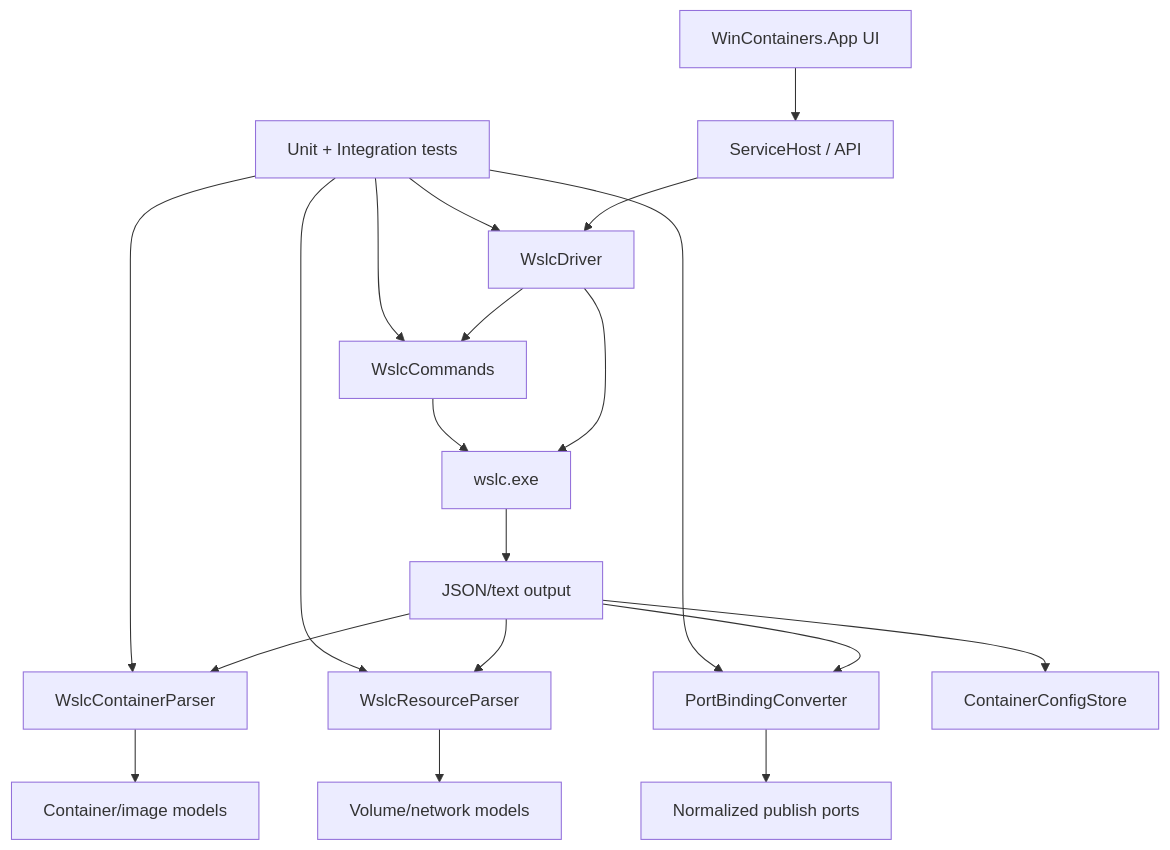
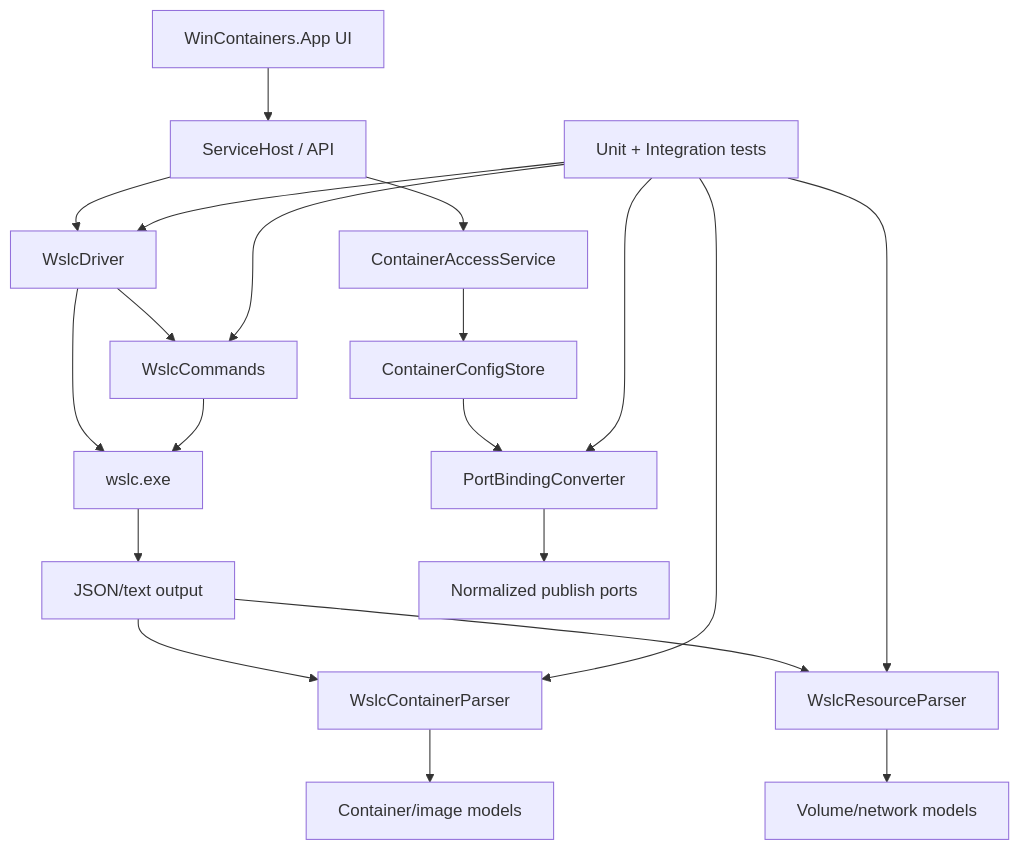
Before and after one commit to japperJ/Wincontainer: the diagram in README.md, drawn with Mermaid. The commit also changed other lines of this file, not shown here.

Commit message:
Correct README architecture docs

````diff
--- a/README.md
+++ b/README.md
@@ -65,22 +65,23 @@
 ```mermaid
 flowchart TD
     A[WinContainers.App UI] --> B[ServiceHost / API]
     B --> C[WslcDriver]
     C --> D[wslc.exe]
     D --> E[JSON/text output]
     E --> F[WslcContainerParser]
     E --> G[WslcResourceParser]
-    E --> H[PortBindingConverter]
-    E --> I[ContainerConfigStore]
-    F --> J[Container/image models]
-    G --> K[Volume/network models]
-    H --> L[Normalized publish ports]
-    C --> M[WslcCommands]
-    M --> D
+    B --> H[ContainerAccessService]
+    H --> I[ContainerConfigStore]
+    I --> J[PortBindingConverter]
+    F --> K[Container/image models]
+    G --> L[Volume/network models]
+    J --> M[Normalized publish ports]
+    C --> N[WslcCommands]
+    N --> D
 
-    N[Unit + Integration tests] --> F
-    N --> G
-    N --> H
-    N --> M
-    N --> C
+    O[Unit + Integration tests] --> F
+    O --> G
+    O --> J
+    O --> N
+    O --> C
 ```
````
